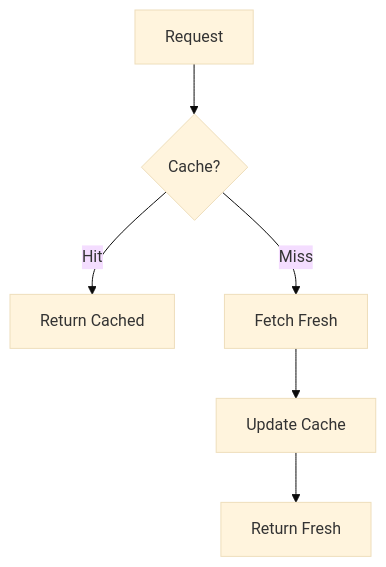
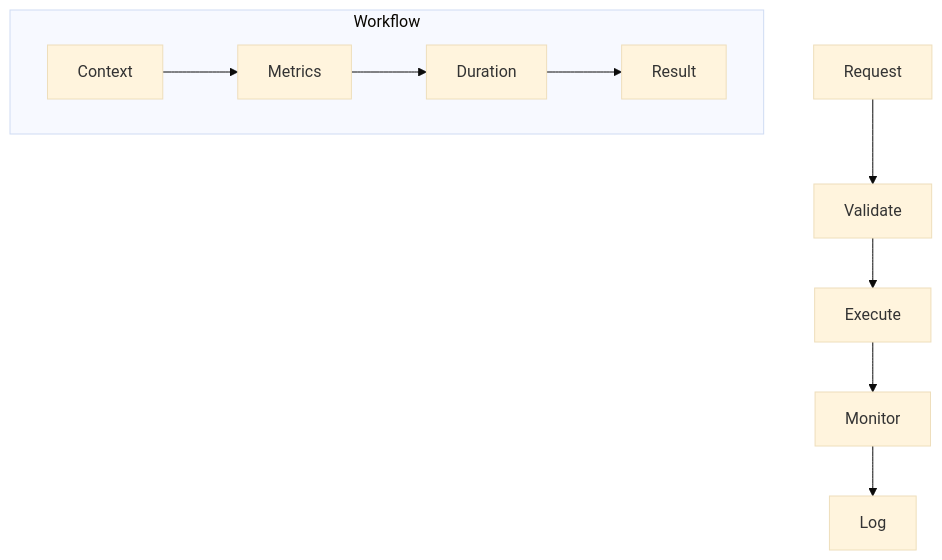
One commit to tonglam/letletme_data changed the eighth of 11 diagrams in documentation/design/Service_Layer_Design.md. Above: the diagram before and after it, drawn with Mermaid (base theme). The commit also changed other lines of this file and 15 other files, not shown here.

````diff
--- a/documentation/design/Service_Layer_Design.md
+++ b/documentation/design/Service_Layer_Design.md
@@ -160,8 +197,18 @@
 ```mermaid
 graph TD
-    A[Request] --> B{Cache?}
-    B -- Hit --> C[Return Cached]
-    B -- Miss --> D[Fetch Fresh]
-    D --> E[Update Cache]
-    E --> F[Return Fresh]
+    A[Request] --> B[Validate]
+    B --> C[Execute]
+    C --> D[Monitor]
+    D --> E[Log]
+
+    subgraph Workflow
+        F[Context]
+        G[Metrics]
+        H[Duration]
+        I[Result]
+
+        F --> G
+        G --> H
+        H --> I
+    end
 ```
````
